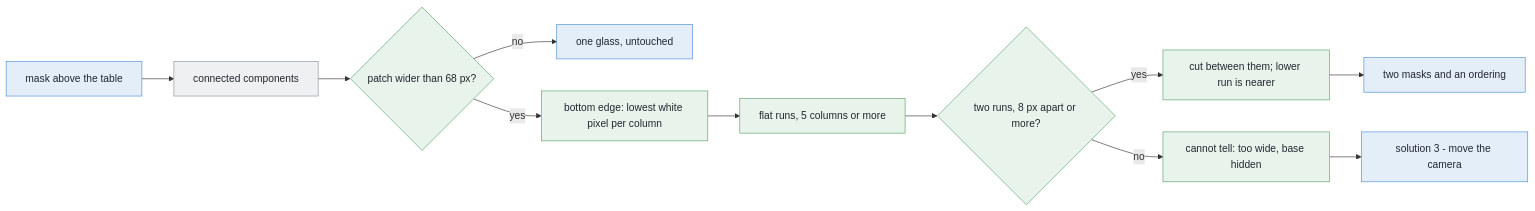
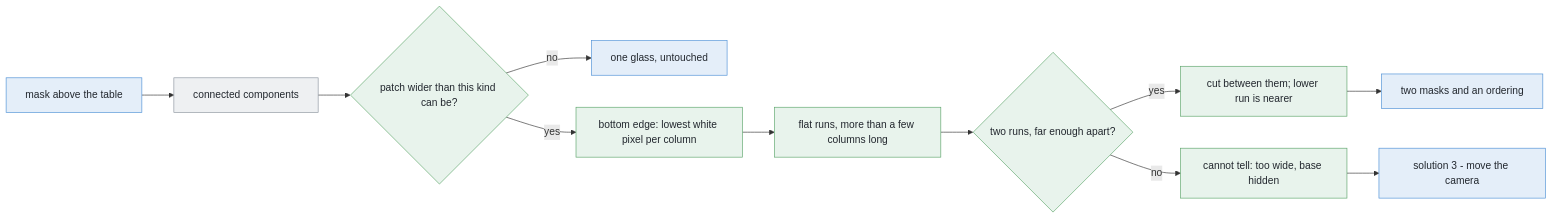
Before and after one commit to RobinNagpal/robot-arm-projects: the third of 3 diagrams in v5-pick-glasses/docs/problem-2/solutions/01-split-the-blob-in-the-picture.md, drawn with Mermaid. The commit also changed other lines of this file, not shown here.

````diff
--- a/v5-pick-glasses/docs/problem-2/solutions/01-split-the-blob-in-the-picture.md
+++ b/v5-pick-glasses/docs/problem-2/solutions/01-split-the-blob-in-the-picture.md
@@ -300,24 +350,24 @@
 ```mermaid
 flowchart LR
     M["mask above the table"] --> CC["connected components"]
-    CC --> W{"patch wider than 68 px?"}
+    CC --> W{"patch wider than this kind can be?"}
     W -->|"no"| ONE["one glass, untouched"]
     W -->|"yes"| U["bottom edge: lowest white pixel per column"]
-    U --> RR["flat runs, 5 columns or more"]
-    RR --> G{"two runs, 8 px apart or more?"}
+    U --> RR["flat runs, more than a few columns long"]
+    RR --> G{"two runs, far enough apart?"}
     G -->|"yes"| CUT["cut between them; lower run is nearer"]
     G -->|"no"| AB["cannot tell: too wide, base hidden"]
     CUT --> REP["two masks and an ordering"]
     AB --> S3["solution 3 - move the camera"]
     style M fill:#e4eef9,stroke:#4c8fd6,color:#22272e
     style ONE fill:#e4eef9,stroke:#4c8fd6,color:#22272e
     style REP fill:#e4eef9,stroke:#4c8fd6,color:#22272e
     style S3 fill:#e4eef9,stroke:#4c8fd6,color:#22272e
     style CC fill:#eef0f2,stroke:#8b949e,color:#22272e
     style W fill:#e8f3ec,stroke:#5aa469,color:#22272e
     style U fill:#e8f3ec,stroke:#5aa469,color:#22272e
     style RR fill:#e8f3ec,stroke:#5aa469,color:#22272e
     style G fill:#e8f3ec,stroke:#5aa469,color:#22272e
     style CUT fill:#e8f3ec,stroke:#5aa469,color:#22272e
     style AB fill:#e8f3ec,stroke:#5aa469,color:#22272e
 ```
````
